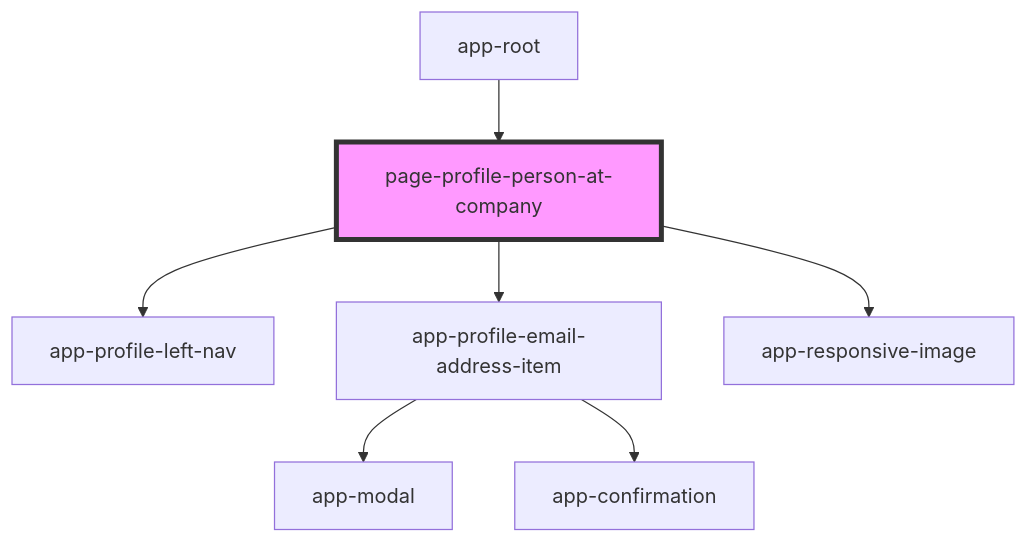
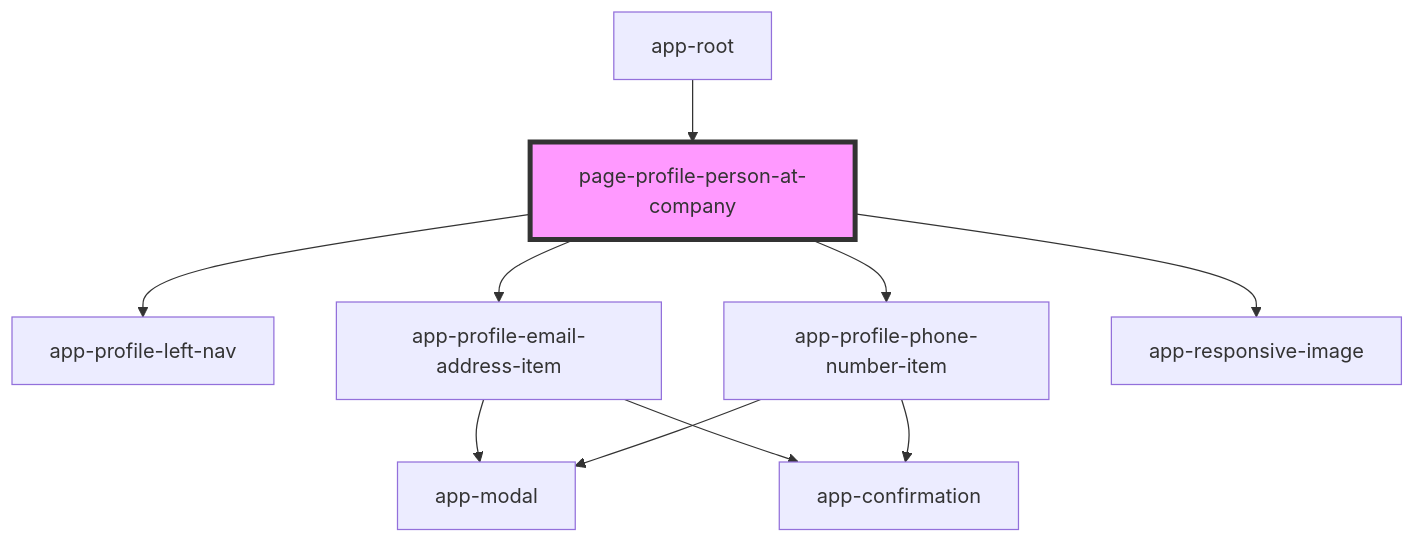
One commit to lokheed/IconEventNetwork.Web changed the diagram in iconeventnetwork-web/src/components/pages/page-profile-person-at-company/readme.md. Above: the diagram before and after it, drawn with Mermaid. The commit also changed other lines of this file and 21 other files, not shown here.

````diff
--- a/iconeventnetwork-web/src/components/pages/page-profile-person-at-company/readme.md
+++ b/iconeventnetwork-web/src/components/pages/page-profile-person-at-company/readme.md
@@ -28,10 +29,13 @@
 ```mermaid
 graph TD;
   page-profile-person-at-company --> app-profile-left-nav
   page-profile-person-at-company --> app-profile-email-address-item
+  page-profile-person-at-company --> app-profile-phone-number-item
   page-profile-person-at-company --> app-responsive-image
   app-profile-email-address-item --> app-modal
   app-profile-email-address-item --> app-confirmation
+  app-profile-phone-number-item --> app-modal
+  app-profile-phone-number-item --> app-confirmation
   app-root --> page-profile-person-at-company
   style page-profile-person-at-company fill:#f9f,stroke:#333,stroke-width:4px
 ```
````
